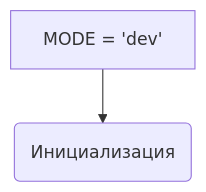
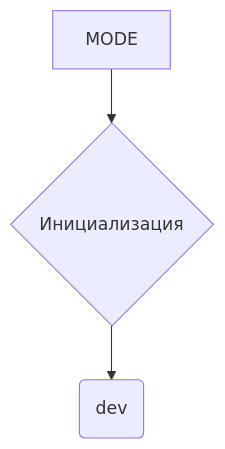
One commit to hypo69/hypo changed the diagram in docs/gemini/ru/explainer/src/endpoints/kazarinov/scenarios/__init__.md. Above: the diagram before and after it, drawn with Mermaid. The commit also changed other lines of this file and 468 other files, not shown here.

````diff
--- a/docs/gemini/ru/explainer/src/endpoints/kazarinov/scenarios/__init__.md
+++ b/docs/gemini/ru/explainer/src/endpoints/kazarinov/scenarios/__init__.md
@@ -27,4 +30,5 @@
 ```mermaid
 graph TD
-    A[MODE = 'dev'] --> B(Инициализация);
+    A[MODE] --> B{Инициализация};
+    B --> C(dev);
 ```
````
